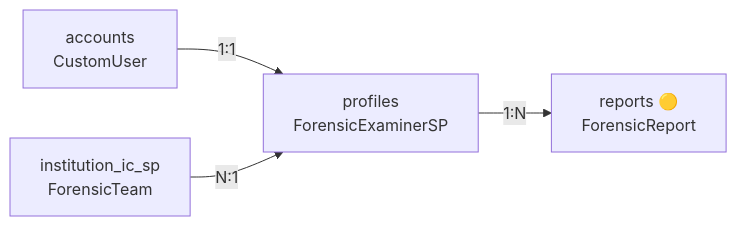
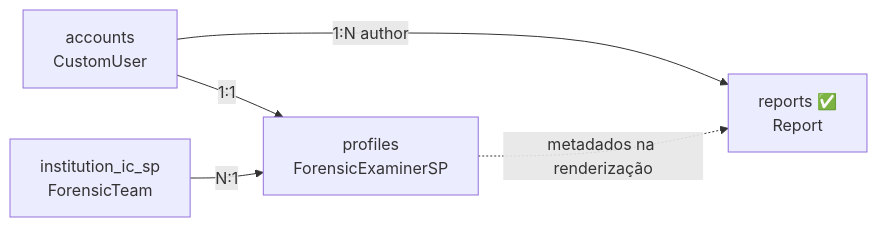
The second of 2 diagrams in docs/architecture/05-profiles.md (PeritoCriminal/reportline), drawn with Mermaid before and after one commit. The commit also changed other lines of this file and 33 other files, not shown here.

````diff
--- a/docs/architecture/05-profiles.md
+++ b/docs/architecture/05-profiles.md
@@ -140,11 +140,12 @@
 ```mermaid
 flowchart LR
     accounts["accounts<br/>CustomUser"]
     institution["institution_ic_sp<br/>ForensicTeam"]
     profiles["profiles<br/>ForensicExaminerSP"]
-    reports["reports 🟡<br/>ForensicReport"]
+    reports["reports ✅<br/>Report"]
 
     accounts -->|"1:1"| profiles
     institution -->|"N:1"| profiles
-    profiles -->|"1:N"| reports
+    accounts -->|"1:N author"| reports
+    profiles -.->|"metadados na renderização"| reports
 ```
````
